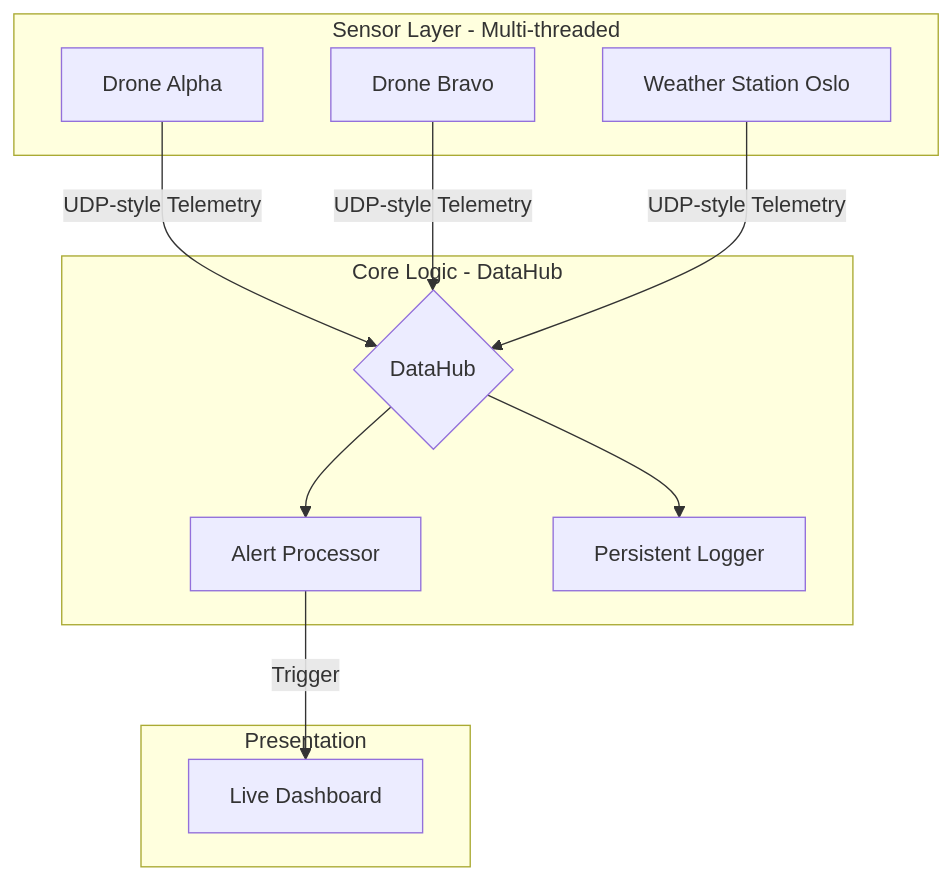
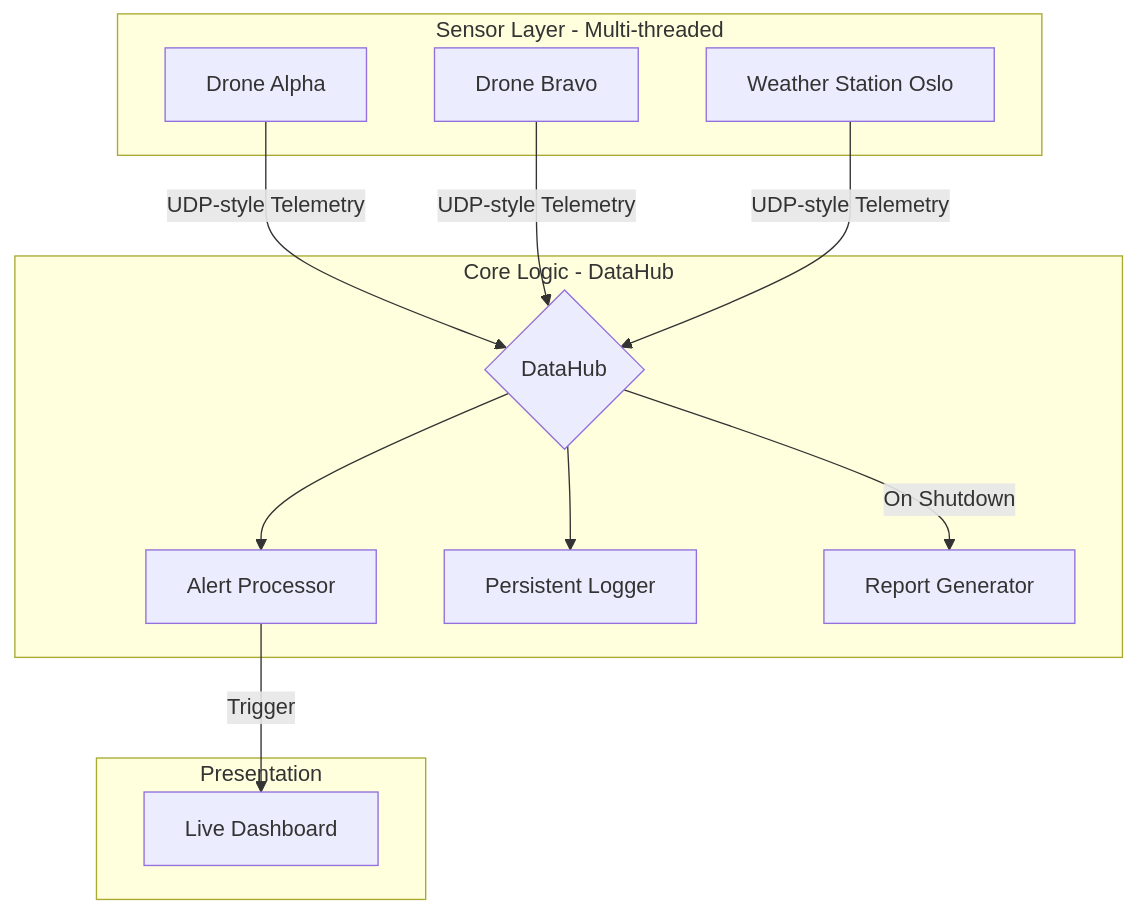
One commit to Kefmat/SensorFleetSim changed the diagram in README.md. Above: the diagram before and after it, drawn with Mermaid. The commit also changed other lines of this file, not shown here.

````diff
--- a/README.md
+++ b/README.md
@@ -10,23 +10,25 @@
 ```mermaid
 graph TD
     subgraph Sensors_Layer [Sensor Layer - Multi-threaded]
         D1[Drone Alpha]
         D2[Drone Bravo]
         WS[Weather Station Oslo]
     end
 
     subgraph Processing_Layer [Core Logic - DataHub]
         DH{DataHub}
         AL[Alert Processor]
         LOG[Persistent Logger]
+        REP[Report Generator]
     end
 
     subgraph UI_Layer [Presentation]
         CLI[Live Dashboard]
     end
 
     D1 & D2 & WS -->|UDP-style Telemetry| DH
     DH --> AL
     DH --> LOG
     AL -->|Trigger| CLI
+    DH -->|On Shutdown| REP
 ``` 
````
